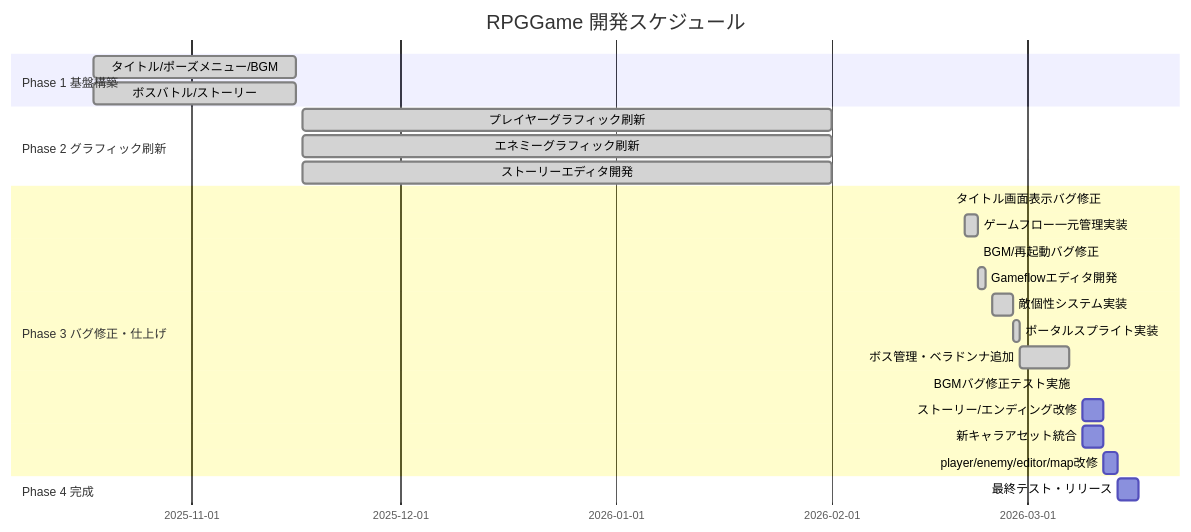
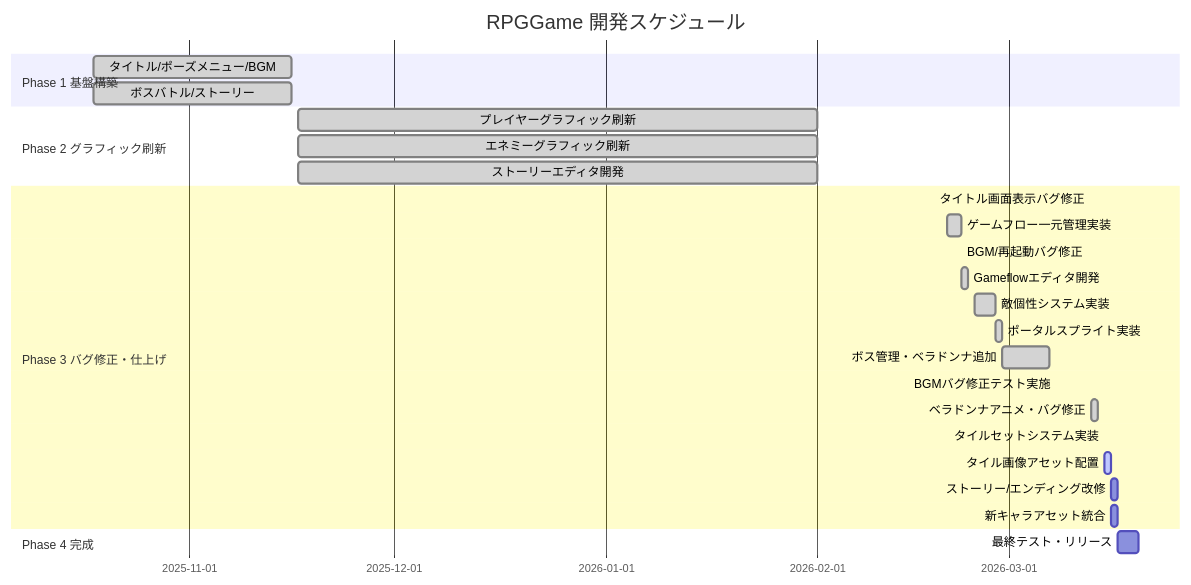
Before and after one commit to TakaI2/RPG-Game: the diagram in PROJECT_STATUS.md, drawn with Mermaid. The commit also changed other lines of this file and 18 other files, not shown here.

````diff
--- a/PROJECT_STATUS.md
+++ b/PROJECT_STATUS.md
@@ -93,26 +95,28 @@
 ```mermaid
 gantt
     title RPGGame 開発スケジュール
     dateFormat YYYY-MM-DD
     section Phase 1 基盤構築
     タイトル/ポーズメニュー/BGM    :done, phase1a, 2025-10-18, 2025-11-16
     ボスバトル/ストーリー           :done, phase1b, 2025-10-18, 2025-11-16
     section Phase 2 グラフィック刷新
     プレイヤーグラフィック刷新      :done, phase2a, 2025-11-17, 2026-02-01
     エネミーグラフィック刷新        :done, phase2b, 2025-11-17, 2026-02-01
     ストーリーエディタ開発          :done, phase2c, 2025-11-17, 2026-02-01
     section Phase 3 バグ修正・仕上げ
     タイトル画面表示バグ修正        :done, phase3a, 2026-02-18, 2026-02-18
     ゲームフロー一元管理実装        :done, phase3b, 2026-02-20, 2026-02-22
     BGM/再起動バグ修正             :done, phase3c, 2026-02-22, 2026-02-22
     Gameflowエディタ開発            :done, phase3d, 2026-02-22, 2026-02-23
     敵個性システム実装              :done, phase3e, 2026-02-24, 2026-02-27
     ポータルスプライト実装          :done, phase3f, 2026-02-27, 2026-02-28
     ボス管理・ベラドンナ追加        :done, phase3g, 2026-02-28, 2026-03-07
-    BGMバグ修正テスト実施           :active, phase3h, 2026-03-08, 2026-03-08
-    ストーリー/エンディング改修     :phase3i, 2026-03-09, 2026-03-12
-    新キャラアセット統合            :phase3j, 2026-03-09, 2026-03-12
-    player/enemy/editor/map改修     :phase3k, 2026-03-12, 2026-03-14
+    BGMバグ修正テスト実施           :done, phase3h, 2026-03-08, 2026-03-08
+    ベラドンナアニメ・バグ修正      :done, phase3i, 2026-03-13, 2026-03-14
+    タイルセットシステム実装        :done, phase3j, 2026-03-15, 2026-03-15
+    タイル画像アセット配置          :active, phase3k, 2026-03-15, 2026-03-16
+    ストーリー/エンディング改修     :phase3l, 2026-03-16, 2026-03-17
+    新キャラアセット統合            :phase3m, 2026-03-16, 2026-03-17
     section Phase 4 完成
-    最終テスト・リリース            :phase4, 2026-03-14, 2026-03-17
+    最終テスト・リリース            :phase4, 2026-03-17, 2026-03-20
 ```
````
